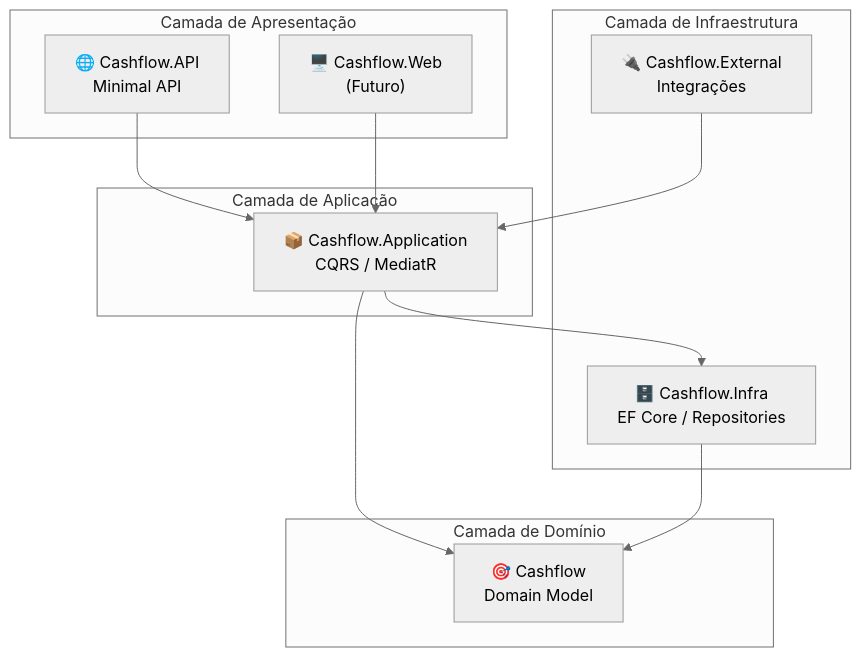
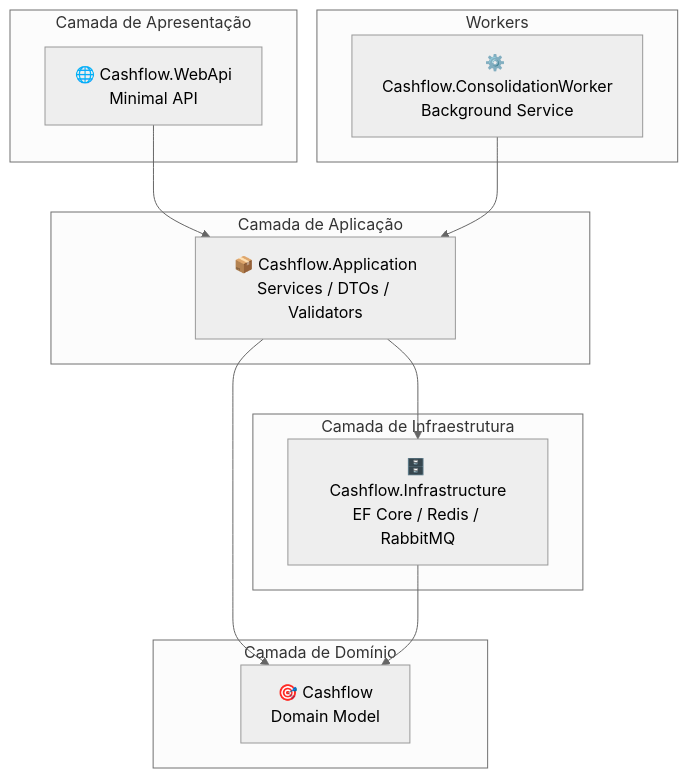
The fifth of 5 diagrams in docs/ROADMAP.md (nelson1987/desafio-cashflow), drawn with Mermaid (neutral theme) before and after one commit. The commit also changed other lines of this file and 3 other files, not shown here.

````diff
--- a/docs/ROADMAP.md
+++ b/docs/ROADMAP.md
@@ -172,27 +176,28 @@
 ```mermaid
 flowchart TB
     subgraph Presentation["Camada de Apresentação"]
-        API["🌐 Cashflow.API<br/>Minimal API"]
-        Web["🖥️ Cashflow.Web<br/>(Futuro)"]
+        API["🌐 Cashflow.WebApi<br/>Minimal API"]
+    end
+    
+    subgraph Workers["Workers"]
+        Worker["⚙️ Cashflow.ConsolidationWorker<br/>Background Service"]
     end
     
     subgraph Application["Camada de Aplicação"]
-        App["📦 Cashflow.Application<br/>CQRS / MediatR"]
+        App["📦 Cashflow.Application<br/>Services / DTOs / Validators"]
     end
     
     subgraph Domain["Camada de Domínio"]
         Core["🎯 Cashflow<br/>Domain Model"]
     end
     
     subgraph Infrastructure["Camada de Infraestrutura"]
-        Infra["🗄️ Cashflow.Infra<br/>EF Core / Repositories"]
-        External["🔌 Cashflow.External<br/>Integrações"]
+        Infra["🗄️ Cashflow.Infrastructure<br/>EF Core / Redis / RabbitMQ"]
     end
     
     API --> App
-    Web --> App
+    Worker --> App
     App --> Core
     App --> Infra
     Infra --> Core
-    External --> App
 ```
````
